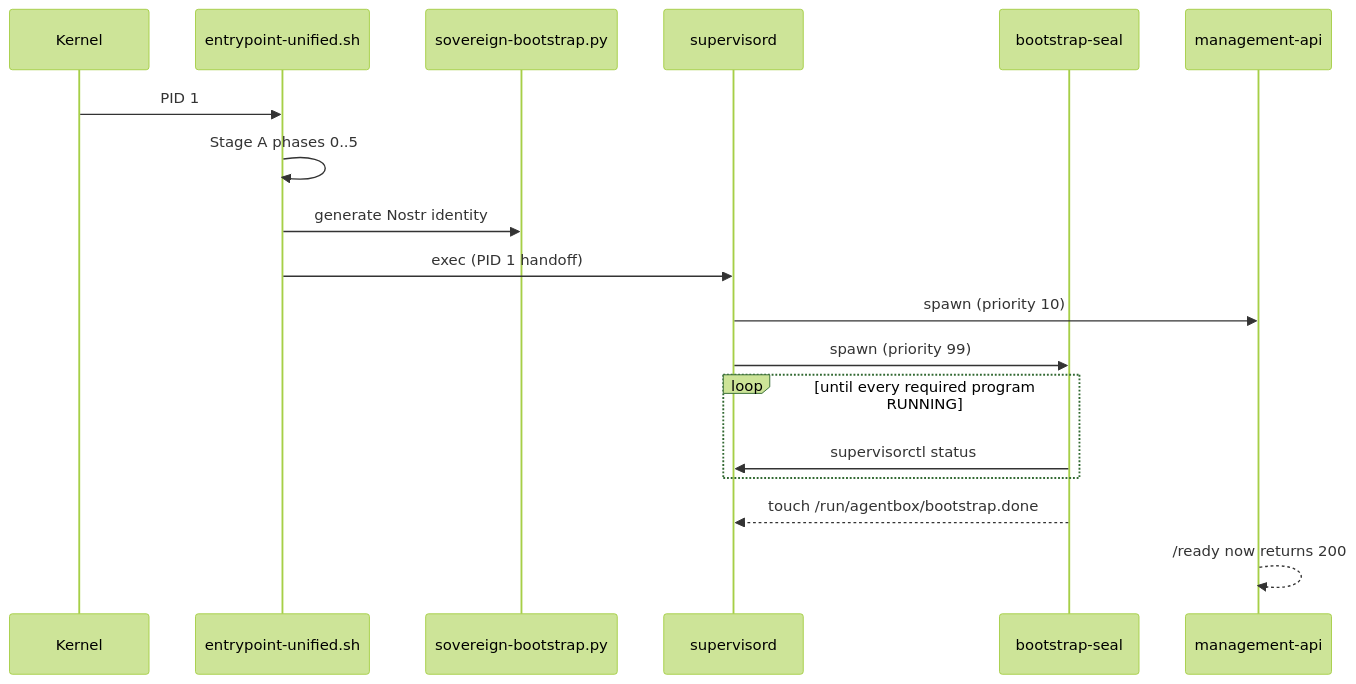
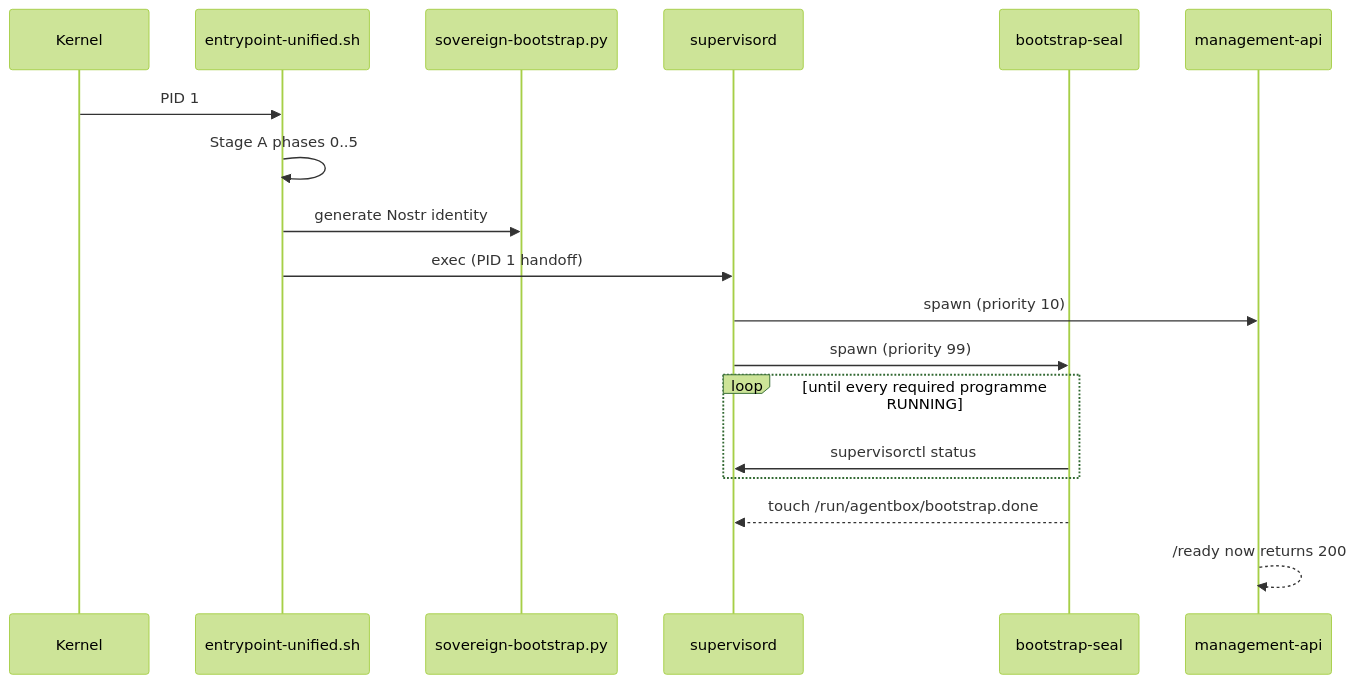
The second of 4 diagrams in docs/developer/architecture.md (DreamLab-AI/agentbox), drawn with Mermaid (forest theme) before and after one commit. The commit also changed other lines of this file and 5 other files, not shown here.

First line of the commit message:
docs: comprehensive upgrade with mermaid diagrams + UK spelling

````diff
--- a/docs/developer/architecture.md
+++ b/docs/developer/architecture.md
@@ -149,21 +149,21 @@
 ```mermaid
 sequenceDiagram
     participant Kernel
     participant Entry as entrypoint-unified.sh
     participant Boot as sovereign-bootstrap.py
     participant Sup as supervisord
     participant Seal as bootstrap-seal
     participant API as management-api
 
     Kernel->>Entry: PID 1
     Entry->>Entry: Stage A phases 0..5
     Entry->>Boot: generate Nostr identity
     Entry->>Sup: exec (PID 1 handoff)
     Sup->>API: spawn (priority 10)
     Sup->>Seal: spawn (priority 99)
-    loop until every required program RUNNING
+    loop until every required programme RUNNING
         Seal->>Sup: supervisorctl status
     end
     Seal-->>Sup: touch /run/agentbox/bootstrap.done
     API-->>API: /ready now returns 200
 ```
````
